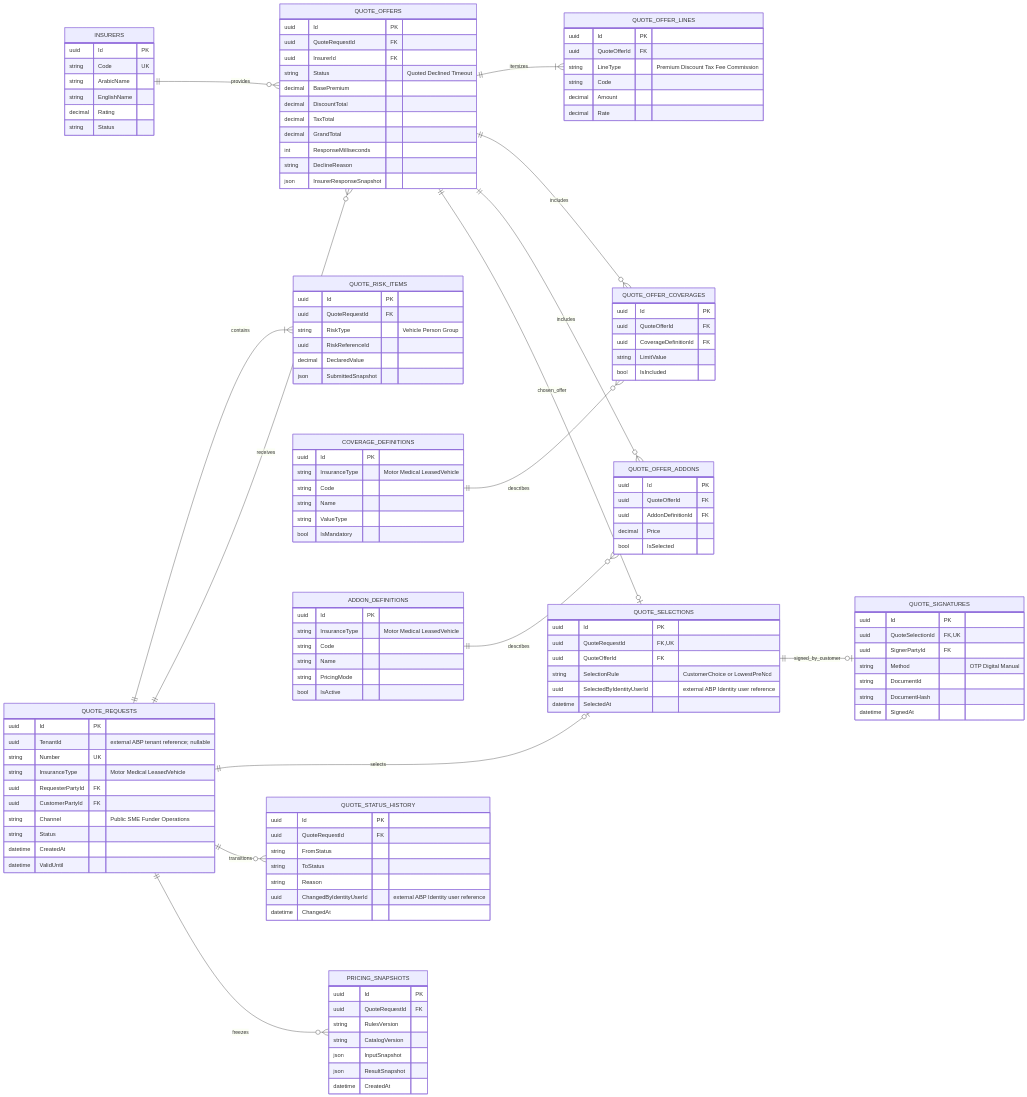
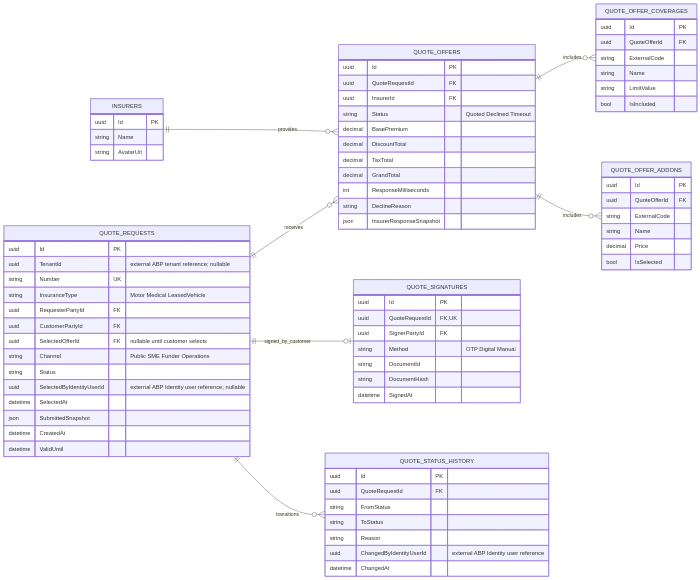
The second of 7 diagrams in docs/Thiqatak.Business-ERD.md (mahshokral7osam/Thiqatak_UI), drawn with Mermaid before and after one commit. The commit also changed other lines of this file and 1 other file, not shown here.

Commit message:
Simplify ERD to essential business entities

````diff
--- a/docs/Thiqatak.Business-ERD.md
+++ b/docs/Thiqatak.Business-ERD.md
@@ -114,42 +115,16 @@
 erDiagram
     direction LR
     INSURERS ||--o{ QUOTE_OFFERS : provides
-    QUOTE_REQUESTS ||--|{ QUOTE_RISK_ITEMS : contains
     QUOTE_REQUESTS ||--o{ QUOTE_OFFERS : receives
-    QUOTE_OFFERS ||--|{ QUOTE_OFFER_LINES : itemizes
     QUOTE_OFFERS ||--o{ QUOTE_OFFER_COVERAGES : includes
-    COVERAGE_DEFINITIONS ||--o{ QUOTE_OFFER_COVERAGES : describes
     QUOTE_OFFERS ||--o{ QUOTE_OFFER_ADDONS : includes
-    ADDON_DEFINITIONS ||--o{ QUOTE_OFFER_ADDONS : describes
-    QUOTE_REQUESTS ||--o| QUOTE_SELECTIONS : selects
-    QUOTE_OFFERS ||--o| QUOTE_SELECTIONS : chosen_offer
-    QUOTE_SELECTIONS ||--o| QUOTE_SIGNATURES : signed_by_customer
+    QUOTE_REQUESTS ||--o| QUOTE_SIGNATURES : signed_by_customer
     QUOTE_REQUESTS ||--o{ QUOTE_STATUS_HISTORY : transitions
-    QUOTE_REQUESTS ||--o{ PRICING_SNAPSHOTS : freezes
 
     INSURERS {
         uuid Id PK
-        string Code UK
-        string ArabicName
-        string EnglishName
-        decimal Rating
-        string Status
-    }
-    COVERAGE_DEFINITIONS {
-        uuid Id PK
-        string InsuranceType "Motor Medical LeasedVehicle"
-        string Code
         string Name
-        string ValueType
-        bool IsMandatory
-    }
-    ADDON_DEFINITIONS {
-        uuid Id PK
-        string InsuranceType "Motor Medical LeasedVehicle"
-        string Code
-        string Name
-        string PricingMode
-        bool IsActive
+        string AvatarUrl
     }
     QUOTE_REQUESTS {
         uuid Id PK
@@ -158,18 +133,14 @@
         string InsuranceType "Motor Medical LeasedVehicle"
         uuid RequesterPartyId FK
         uuid CustomerPartyId FK
+        uuid SelectedOfferId FK "nullable until customer selects"
         string Channel "Public SME Funder Operations"
         string Status
+        uuid SelectedByIdentityUserId "external ABP Identity user reference; nullable"
+        datetime SelectedAt
+        json SubmittedSnapshot
         datetime CreatedAt
         datetime ValidUntil
-    }
-    QUOTE_RISK_ITEMS {
-        uuid Id PK
-        uuid QuoteRequestId FK
-        string RiskType "Vehicle Person Group"
-        uuid RiskReferenceId
-        decimal DeclaredValue
-        json SubmittedSnapshot
     }
     QUOTE_OFFERS {
         uuid Id PK
@@ -184,39 +155,25 @@
         string DeclineReason
         json InsurerResponseSnapshot
     }
-    QUOTE_OFFER_LINES {
-        uuid Id PK
-        uuid QuoteOfferId FK
-        string LineType "Premium Discount Tax Fee Commission"
-        string Code
-        decimal Amount
-        decimal Rate
-    }
     QUOTE_OFFER_COVERAGES {
         uuid Id PK
         uuid QuoteOfferId FK
-        uuid CoverageDefinitionId FK
+        string ExternalCode
+        string Name
         string LimitValue
         bool IsIncluded
     }
     QUOTE_OFFER_ADDONS {
         uuid Id PK
         uuid QuoteOfferId FK
-        uuid AddonDefinitionId FK
+        string ExternalCode
+        string Name
         decimal Price
         bool IsSelected
     }
-    QUOTE_SELECTIONS {
+    QUOTE_SIGNATURES {
         uuid Id PK
         uuid QuoteRequestId FK, UK
-        uuid QuoteOfferId FK
-        string SelectionRule "CustomerChoice or LowestPreNcd"
-        uuid SelectedByIdentityUserId "external ABP Identity user reference"
-        datetime SelectedAt
-    }
-    QUOTE_SIGNATURES {
-        uuid Id PK
-        uuid QuoteSelectionId FK, UK
         uuid SignerPartyId FK
         string Method "OTP Digital Manual"
         string DocumentId
@@ -232,13 +189,4 @@
         uuid ChangedByIdentityUserId "external ABP Identity user reference"
         datetime ChangedAt
     }
-    PRICING_SNAPSHOTS {
-        uuid Id PK
-        uuid QuoteRequestId FK
-        string RulesVersion
-        string CatalogVersion
-        json InputSnapshot
-        json ResultSnapshot
-        datetime CreatedAt
-    }
 ```
````
